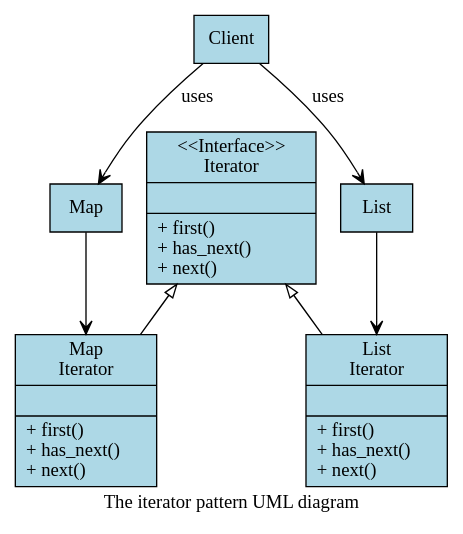
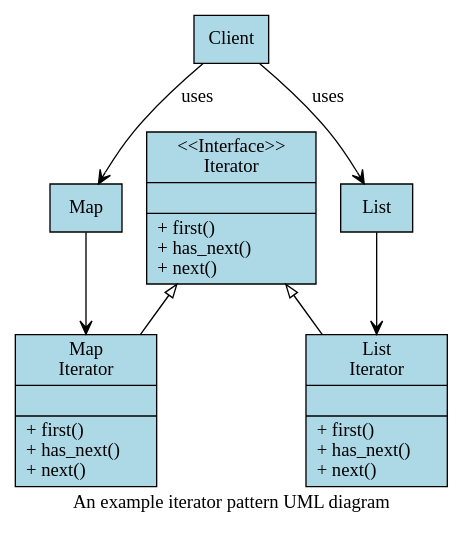
One commit to townmath/cisp400-reader changed the first of 2 diagrams in _sources/list/iterator-pattern.rst. Above: the diagram before and after it, drawn with Graphviz. The commit also changed other lines of this file and 12 other files, not shown here.

```diff
--- a/_sources/list/iterator-pattern.rst
+++ b/_sources/list/iterator-pattern.rst
@@ -32,52 +32,52 @@
 .. digraph:: iterator_pattern
    :align: center
-   :alt: The iterator pattern UML diagram
+   :alt: An example iterator pattern UML diagram
 
    graph [
       fontname = "Bitstream Vera Sans"
       fontsize = 14
       labelloc = b
-      label = "The iterator pattern UML diagram"
+      label = "An example iterator pattern UML diagram"
    ];
 
    node [
       fontname = "Bitstream Vera Sans",
       style=filled, fillcolor=lightblue,
       fontsize = 14
       shape = "record"
    ];
 
     client [
       label = "Client"
       shape = "box"
     ]
 
     map [
       label = "Map"
       shape = "box"
     ]
 
     it [
       label = "{&lt;&lt;Interface&gt;&gt;\nIterator| | + first()\l+ has_next()\l+ next()\l }"
     ]
 
     list [
       label = "List"
       shape = "box"
     ]
 
     li [
       label = "{List\nIterator| | + first()\l+ has_next()\l+ next()\l }"
     ]
 
     mi [
       label = "{Map\nIterator| | + first()\l+ has_next()\l+ next()\l }"
     ]
 
     client -> map  [arrowhead = open, label="uses"]
     client -> list  [arrowhead = open, label="uses"]
     client -> it  [style = invis]
     list -> li  [arrowhead = open]
     map -> mi  [arrowhead = open]
     li -> it [arrowhead=onormal, constraint=false]
     mi -> it [arrowhead=onormal, constraint=false]
```
